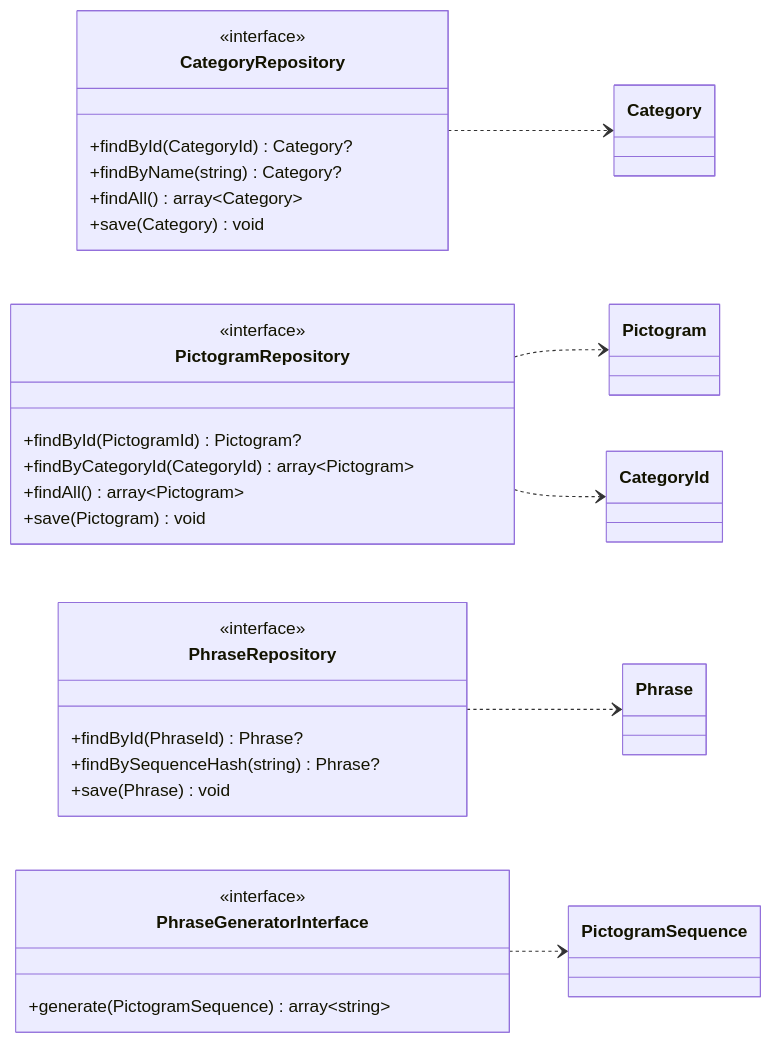
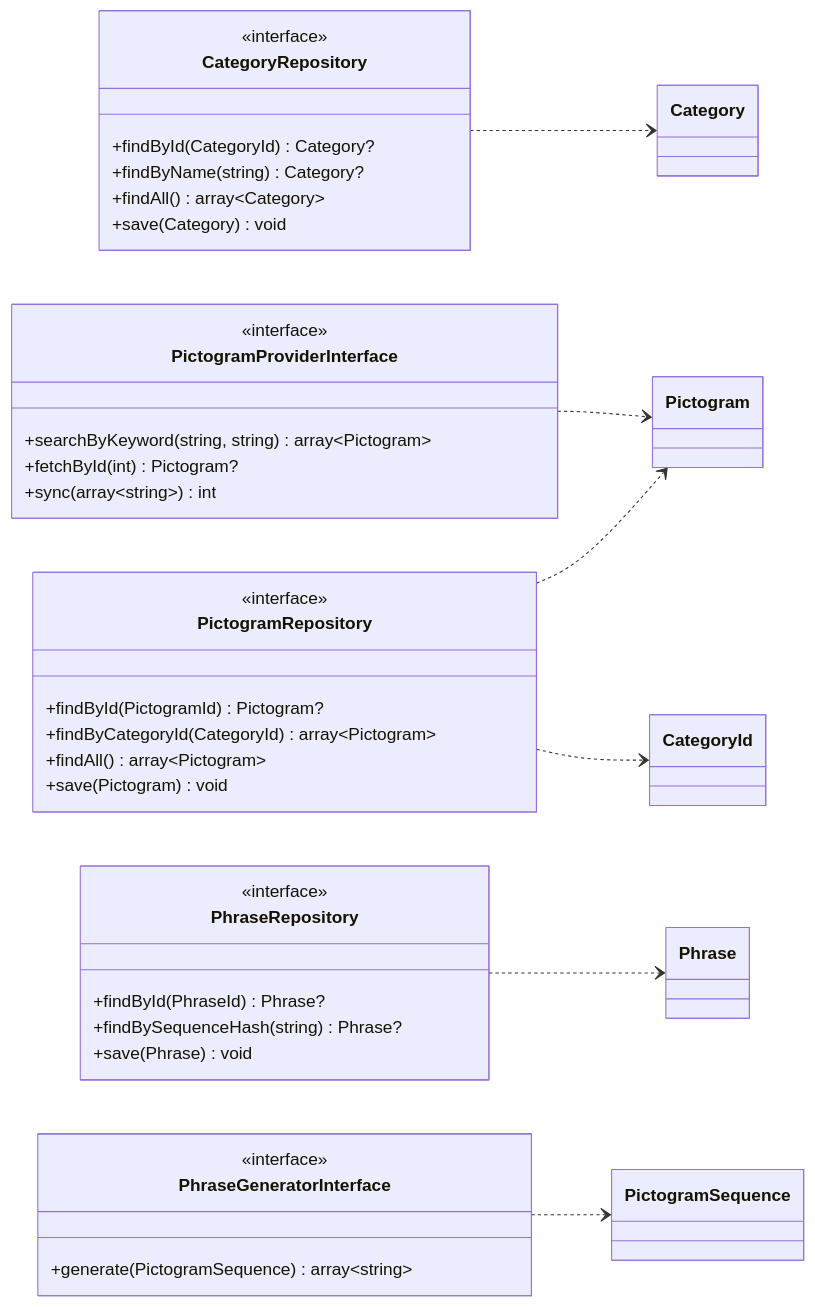
The second of 4 diagrams in docs/diagrams/domain-layer.md (luismiglezmohino/HablaIA), drawn with Mermaid before and after one commit. The commit also changed other lines of this file and 2 other files, not shown here.

First line of the commit message:
feat(domain): add PictogramProviderInterface and update docs

````diff
--- a/docs/diagrams/domain-layer.md
+++ b/docs/diagrams/domain-layer.md
@@ -97,38 +97,46 @@
 ```mermaid
 classDiagram
     direction LR
 
     class CategoryRepository {
         <<interface>>
         +findById(CategoryId) Category?
         +findByName(string) Category?
         +findAll() array~Category~
         +save(Category) void
     }
 
     class PictogramRepository {
         <<interface>>
         +findById(PictogramId) Pictogram?
         +findByCategoryId(CategoryId) array~Pictogram~
         +findAll() array~Pictogram~
         +save(Pictogram) void
     }
 
     class PhraseRepository {
         <<interface>>
         +findById(PhraseId) Phrase?
         +findBySequenceHash(string) Phrase?
         +save(Phrase) void
     }
 
     class PhraseGeneratorInterface {
         <<interface>>
         +generate(PictogramSequence) array~string~
     }
 
+    class PictogramProviderInterface {
+        <<interface>>
+        +searchByKeyword(string, string) array~Pictogram~
+        +fetchById(int) Pictogram?
+        +sync(array~string~) int
+    }
+
     CategoryRepository ..> Category
     PictogramRepository ..> Pictogram
     PictogramRepository ..> CategoryId
     PhraseRepository ..> Phrase
     PhraseGeneratorInterface ..> PictogramSequence
+    PictogramProviderInterface ..> Pictogram
 ```
````
